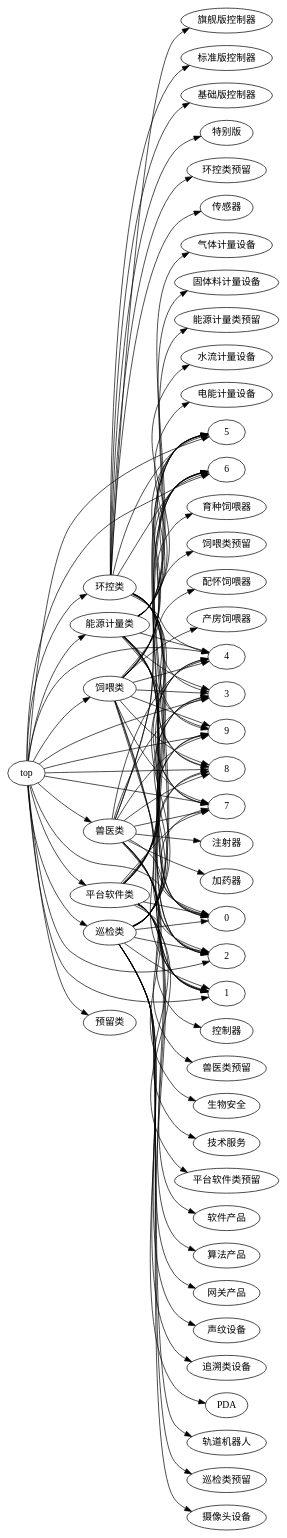
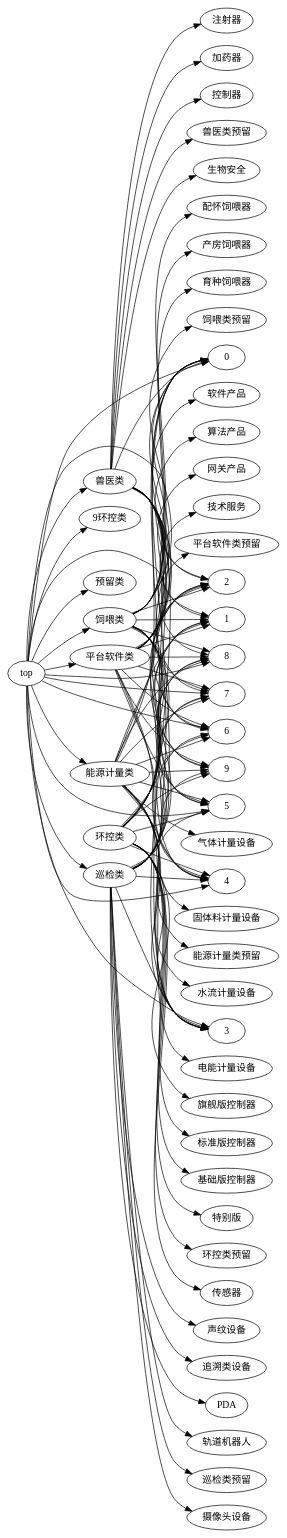
The diagram in source/work/sj/topic/产品编码规则-20221031.rst (cruiurc/cruiurc.github.io), drawn with Graphviz before and after one commit.

Commit message:
20221031 work

```diff
--- a/source/work/sj/topic/产品编码规则-20221031.rst
+++ b/source/work/sj/topic/产品编码规则-20221031.rst
@@ -16,12 +16,12 @@
 .. graphviz:: 
 
     digraph "code"{
     rankdir=LR
-    top->{9环控类,8预留类,7饲喂类,6兽医类,5平台软件类,4巡检类,3能源计量类,2预留类,1预留类,0预留类}
+    top->{"9环控类",8预留类,7饲喂类,6兽医类,5平台软件类,4巡检类,3能源计量类,2预留类,1预留类,0预留类}
     9环控类->{9特别版,8环控类预留,7环控类预留,6传感器,5环控类预留,4环控类预留,3旗舰版控制器,2标准版控制器,1基础版控制器,0环控类预留}
     7饲喂类->{9饲喂类预留,8饲喂类预留,7饲喂类预留,6饲喂类预留,5饲喂类预留,4饲喂类预留,3配怀饲喂器,2产房饲喂器,1育种饲喂器,0饲喂类预留}
     6兽医类->{9兽医类预留,8兽医类预留,7兽医类预留,6兽医类预留,5兽医类预留,4生物安全,3注射器,2加药器,1控制器,0兽医类预留}
     5平台软件类->{9软件产品,8算法产品,7网关产品,6技术服务,5平台软件类预留,4平台软件类预留,3平台软件类预留,2平台软件类预留,1平台软件类预留,0平台软件类预留}
     4巡检类->{9轨道机器人,8巡检类预留,7巡检类预留,6摄像头设备,5声纹设备,4追溯类设备,3巡检类预留,2巡检类预留,1PDA,0巡检类预留}
     3能源计量类->{9水流计量设备,8电能计量设备,7气体计量设备,6固体料计量设备,5能源计量类预留,4能源计量类预留,3能源计量类预留,2能源计量类预留,1能源计量类预留,0能源计量类预留}
     }
```
